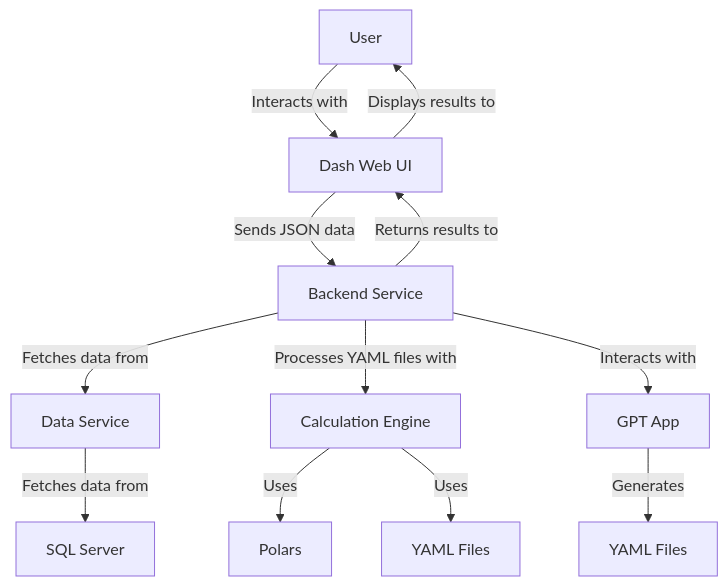
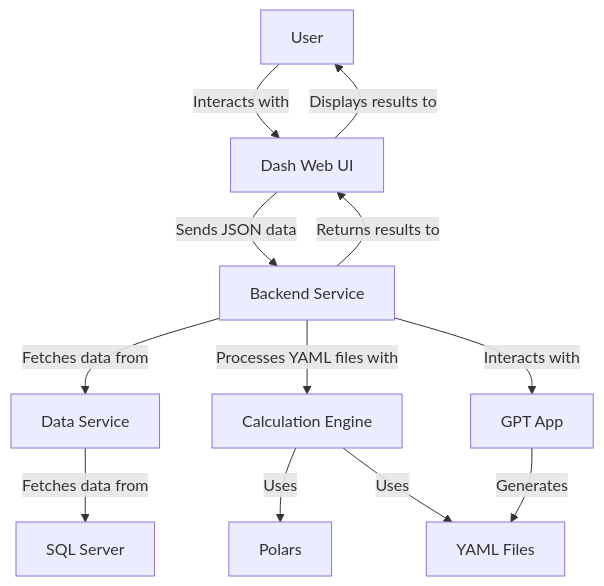
Before and after one commit to maxicusj/polarparrot: the diagram in README.md, drawn with Mermaid.

````diff
--- a/README.md
+++ b/README.md
@@ -31,14 +31,14 @@
 ```mermaid
 graph TD
     A[User] -->|Interacts with| B[Dash Web UI]
     B -->|Sends JSON data| C[Backend Service]
     C -->|Fetches data from| G[Data Service]
     G -->|Fetches data from| D[SQL Server]
     C -->|Processes YAML files with| E[Calculation Engine]
     E -->|Uses| F[Polars]
-    E -->|Uses| J[YAML Files]
+    E -->|Uses| I[YAML Files]
     C -->|Interacts with| H[GPT App]
     H -->|Generates| I[YAML Files]
     C -->|Returns results to| B
     B -->|Displays results to| A
 ```
````
